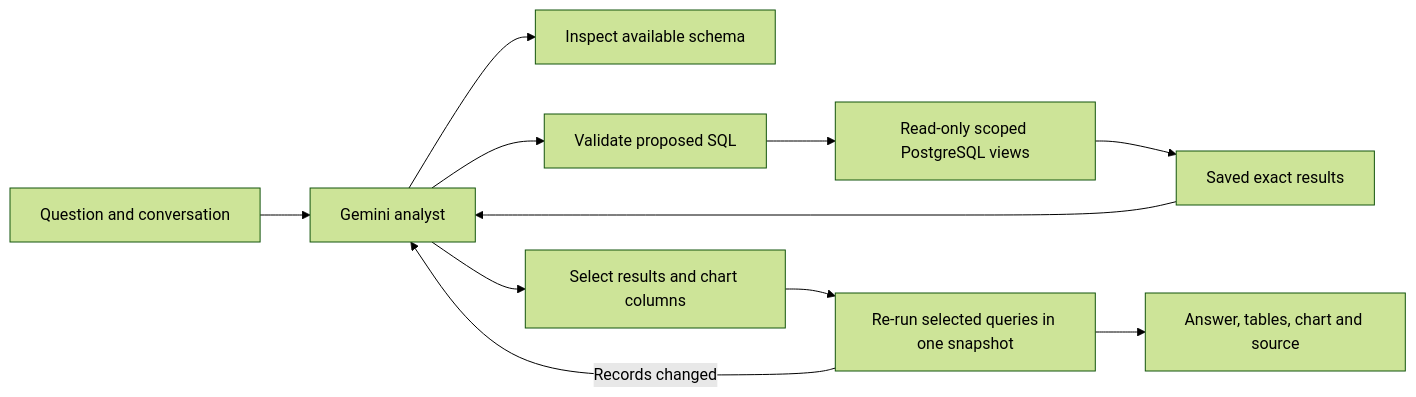
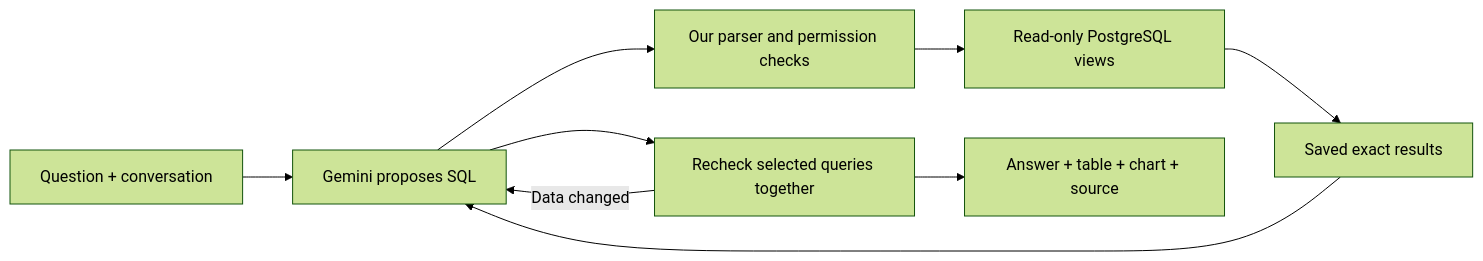
Before and after one commit to rayidali/spiich_homework: the diagram in docs/NATIVE_ANALYST.md, drawn with Mermaid (forest theme). The commit also changed other lines of this file and 17 other files, not shown here.

````diff
--- a/docs/NATIVE_ANALYST.md
+++ b/docs/NATIVE_ANALYST.md
@@ -21,13 +19,11 @@
 ```mermaid
 flowchart LR
-  Q[Question and conversation] --> A[Gemini analyst]
-  A --> S[Inspect available schema]
-  A --> V[Validate proposed SQL]
-  V --> R[Read-only scoped PostgreSQL views]
-  R --> E[Saved exact results]
-  E --> A
-  A --> P[Select results and chart columns]
-  P --> C[Re-run selected queries in one snapshot]
-  C --> N[Answer, tables, chart and source]
-  C -->|Records changed| A
+  U[Question + conversation] --> M[Gemini proposes SQL]
+  M --> V[Our parser and permission checks]
+  V --> P[Read-only PostgreSQL views]
+  P --> R[Saved exact results]
+  R --> M
+  M --> C[Recheck selected queries together]
+  C --> N[Answer + table + chart + source]
+  C -->|Data changed| M
 ```
````
